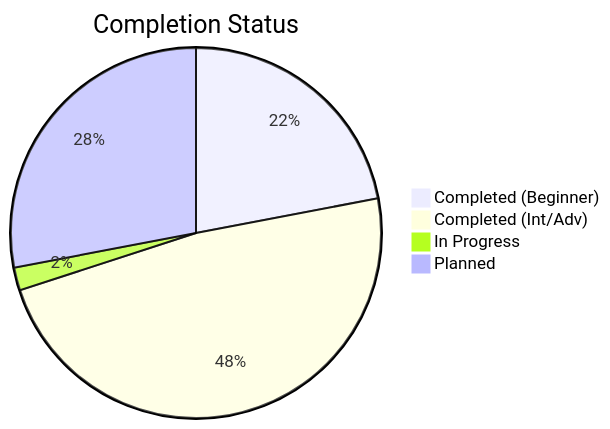
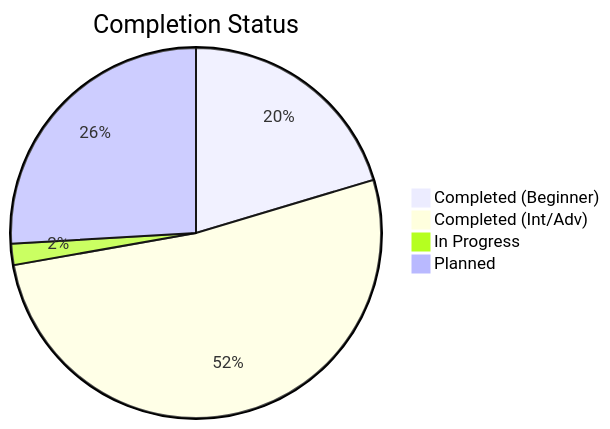
One commit to Ganil151/Devops changed the third of 3 diagrams in 1-Beginner/02-Phase-2/01-Automation/AUTOMATION_MASTER_INDEX.md. Above: the diagram before and after it, drawn with Mermaid. The commit also changed other lines of this file and 31 other files, not shown here.

````diff
--- a/1-Beginner/02-Phase-2/01-Automation/AUTOMATION_MASTER_INDEX.md
+++ b/1-Beginner/02-Phase-2/01-Automation/AUTOMATION_MASTER_INDEX.md
@@ -933,7 +989,7 @@
 ```mermaid
 pie title Completion Status
     "Completed (Beginner)" : 11
-    "Completed (Int/Adv)" : 24
+    "Completed (Int/Adv)" : 28
     "In Progress" : 1
     "Planned" : 14
 ```
````
